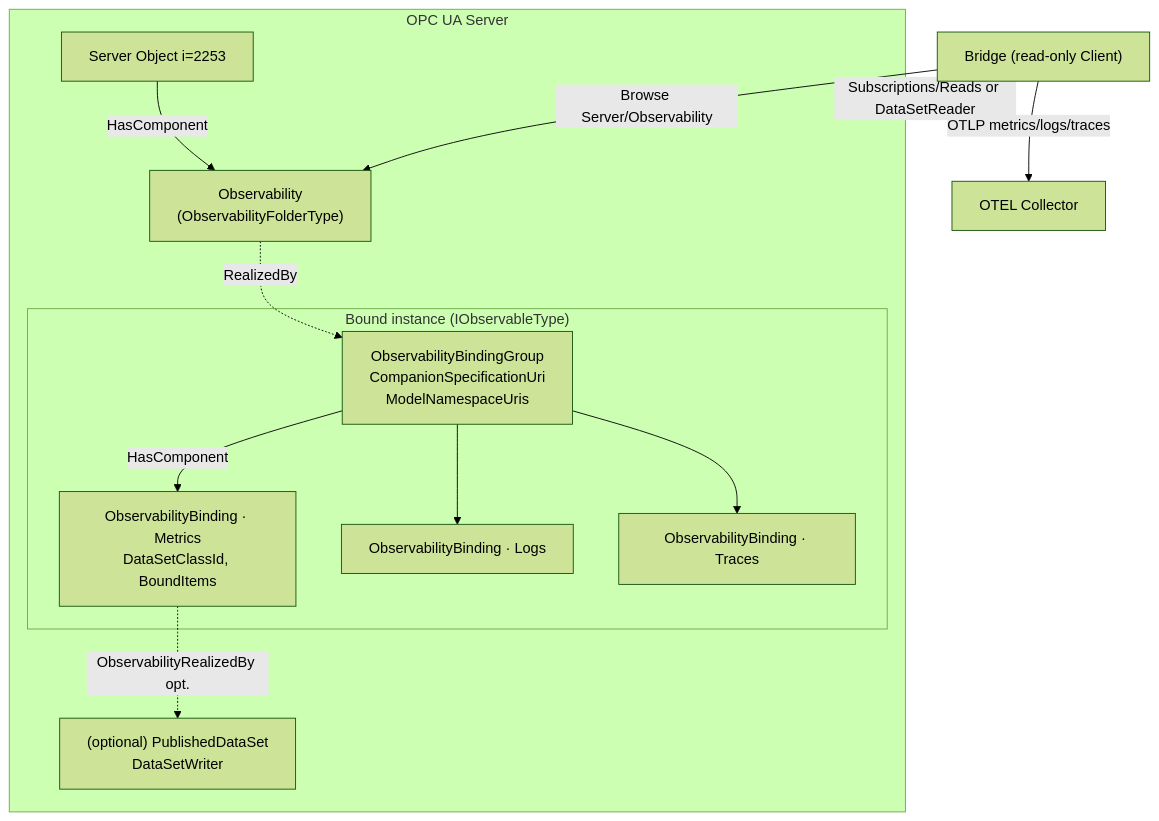
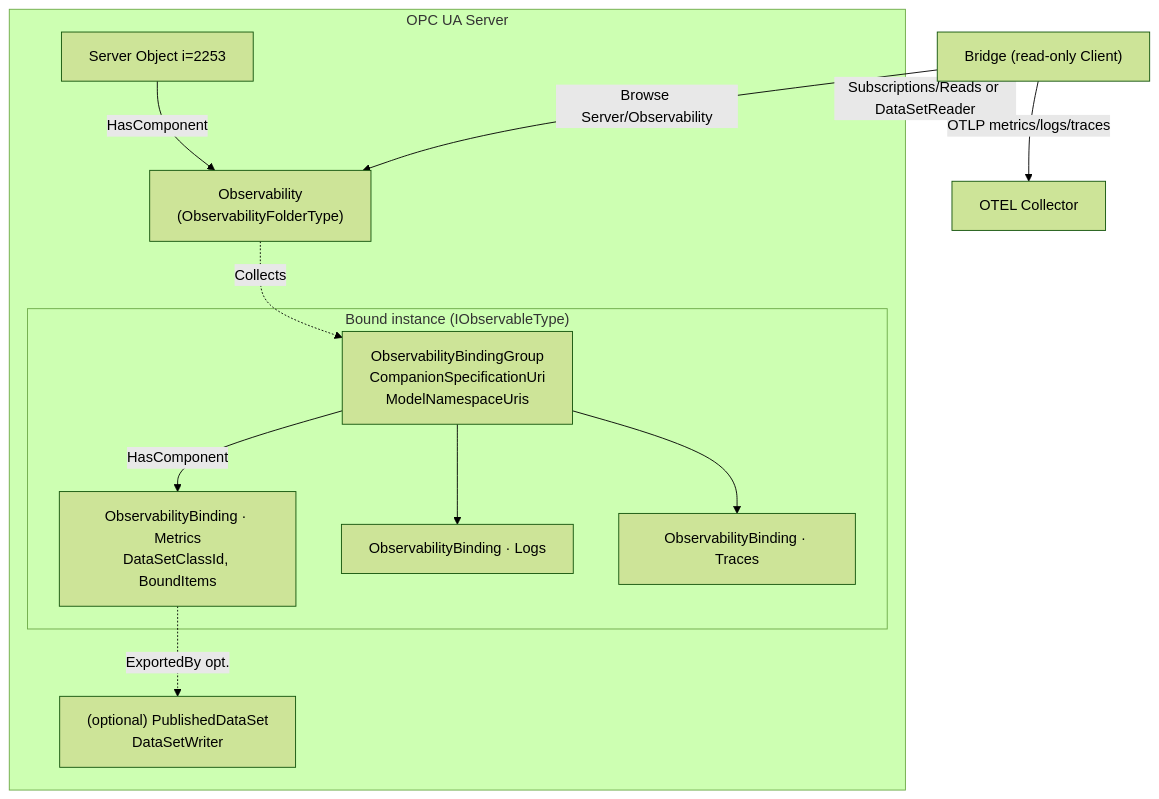
The second of 5 diagrams in core-specs/observability-export/OPC-UA-Observability-Export.md (marcschier/opcua-drafts), drawn with Mermaid (forest theme) before and after one commit. The commit also changed other lines of this file and 17 other files, not shown here.

First line of the commit message:
Move Observability Export to its own namespace; rename Realize refs to Collects/Exports

````diff
--- a/core-specs/observability-export/OPC-UA-Observability-Export.md
+++ b/core-specs/observability-export/OPC-UA-Observability-Export.md
@@ -131,25 +131,25 @@
 ```mermaid
 flowchart TB
   subgraph Server[OPC UA Server]
     SO[Server Object i=2253]
     OB["Observability<br/>(ObservabilityFolderType)"]
     subgraph Inst["Bound instance (IObservableType)"]
       G["ObservabilityBindingGroup<br/>CompanionSpecificationUri<br/>ModelNamespaceUris"]
       M["ObservabilityBinding · Metrics<br/>DataSetClassId, BoundItems"]
       L["ObservabilityBinding · Logs"]
       T["ObservabilityBinding · Traces"]
     end
     PDS["(optional) PublishedDataSet<br/>DataSetWriter"]
   end
   Bridge["Bridge (read-only Client)"]
   Coll[OTEL Collector]
   SO -->|HasComponent| OB
-  OB -.->|RealizedBy| G
+  OB -.->|Collects| G
   G -->|HasComponent| M
   G --> L
   G --> T
-  M -.->|ObservabilityRealizedBy opt.| PDS
+  M -.->|ExportedBy opt.| PDS
   Bridge -->|Browse Server/Observability| OB
   Bridge -->|Subscriptions/Reads or DataSetReader| Server
   Bridge -->|OTLP metrics/logs/traces| Coll
 ```
````
